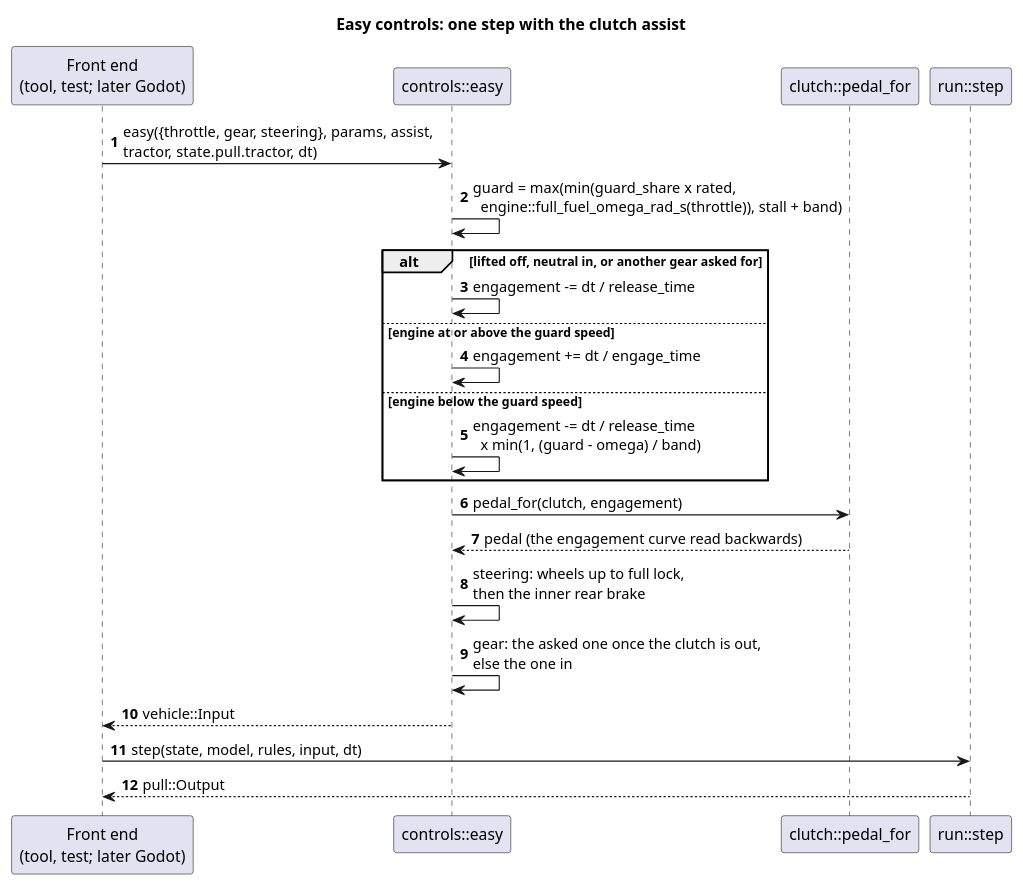
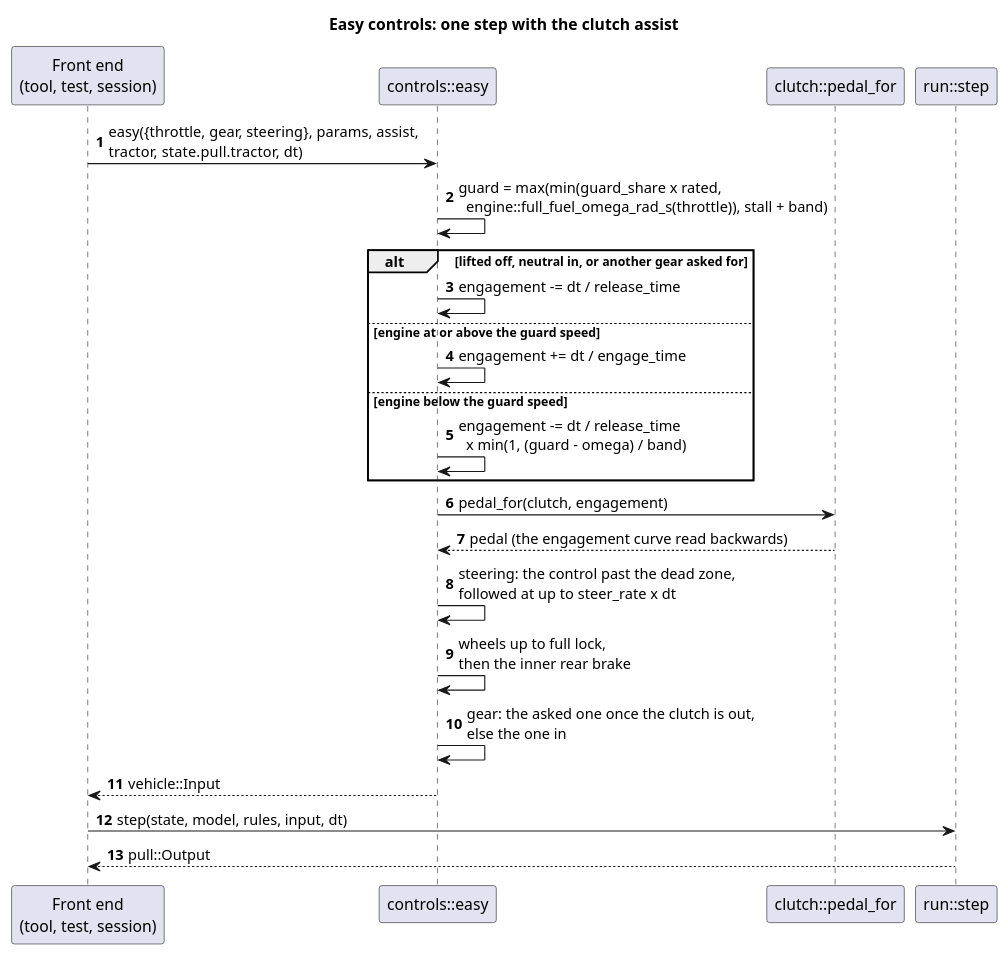
The diagram in docs/diagrams/easy_controls_sequence.puml (wversteeg/TractorPulling), drawn with PlantUML before and after one commit. The commit also changed 10 other files, not shown here.

First line of the commit message:
Easy layout: a steering dead zone and rate

```diff
--- a/docs/diagrams/easy_controls_sequence.puml
+++ b/docs/diagrams/easy_controls_sequence.puml
@@ -1,25 +1,26 @@
 @startuml easy_controls_sequence
 title Easy controls: one step with the clutch assist
 autonumber
-participant "Front end\n(tool, test; later Godot)" as Frontend
+participant "Front end\n(tool, test, session)" as Frontend
 participant "controls::easy" as Easy
 participant "clutch::pedal_for" as PedalFor
 participant "run::step" as Run
 
 Frontend -> Easy : easy({throttle, gear, steering}, params, assist,\ntractor, state.pull.tractor, dt)
 Easy -> Easy : guard = max(min(guard_share x rated,\n  engine::full_fuel_omega_rad_s(throttle)), stall + band)
 alt lifted off, neutral in, or another gear asked for
   Easy -> Easy : engagement -= dt / release_time
 else engine at or above the guard speed
   Easy -> Easy : engagement += dt / engage_time
 else engine below the guard speed
   Easy -> Easy : engagement -= dt / release_time\n  x min(1, (guard - omega) / band)
 end
 Easy -> PedalFor : pedal_for(clutch, engagement)
 PedalFor --> Easy : pedal (the engagement curve read backwards)
-Easy -> Easy : steering: wheels up to full lock,\nthen the inner rear brake
+Easy -> Easy : steering: the control past the dead zone,\nfollowed at up to steer_rate x dt
+Easy -> Easy : wheels up to full lock,\nthen the inner rear brake
 Easy -> Easy : gear: the asked one once the clutch is out,\nelse the one in
 Easy --> Frontend : vehicle::Input
 Frontend -> Run : step(state, model, rules, input, dt)
 Run --> Frontend : pull::Output
 @enduml
```
